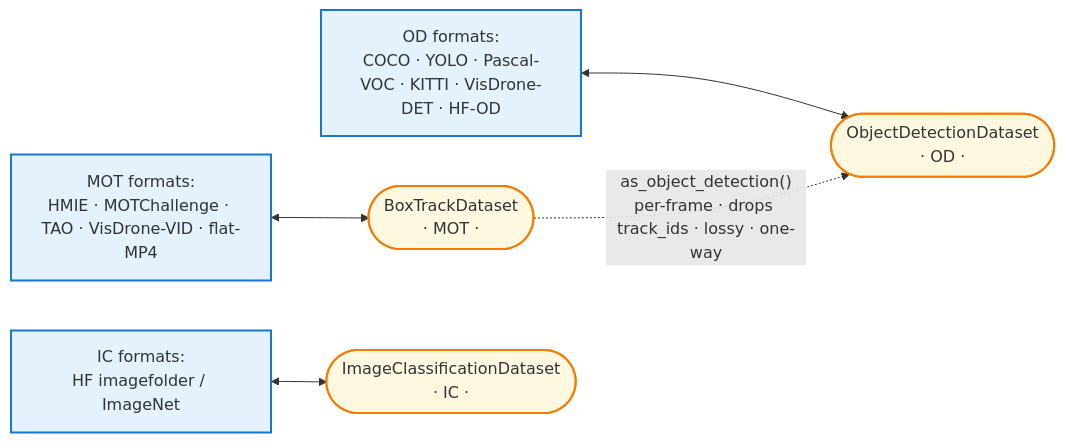
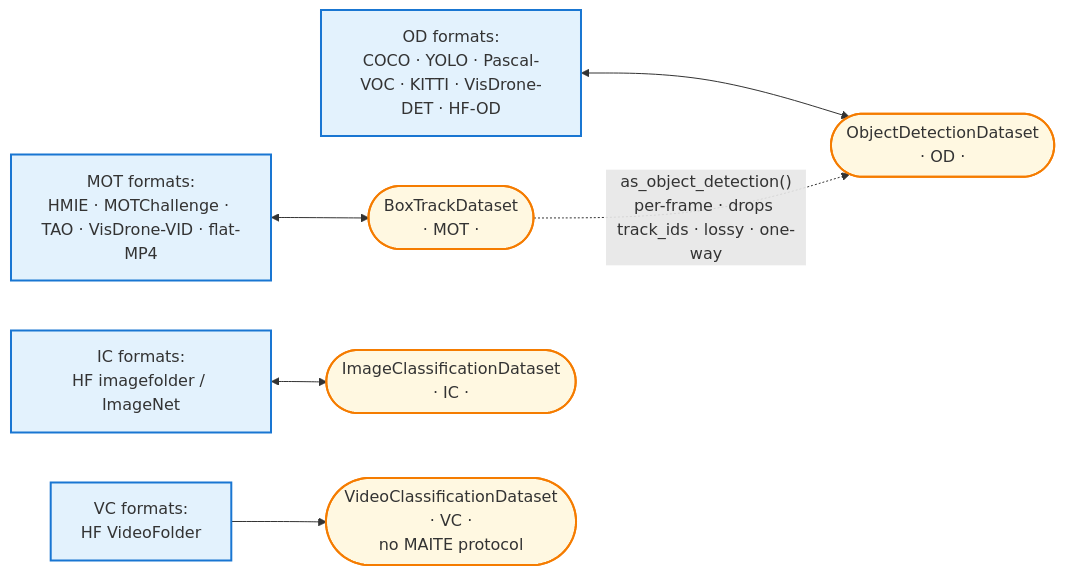
Before and after one commit to openteams-ai/datamaite: the ninth of 9 diagrams in docs/architecture.md, drawn with Mermaid. The commit also changed other lines of this file and 12 other files, not shown here.

Commit message:
Add Hugging Face video classification loader

````diff
--- a/docs/architecture.md
+++ b/docs/architecture.md
@@ -839,12 +878,13 @@
 ```mermaid
 flowchart LR
     fM["MOT formats:<br/>HMIE · MOTChallenge · TAO · VisDrone-VID · flat-MP4"] <--> IRM(["BoxTrackDataset<br/>· MOT ·"])
     fO["OD formats:<br/>COCO · YOLO · Pascal-VOC · KITTI · VisDrone-DET · HF-OD"] <--> IRO(["ObjectDetectionDataset<br/>· OD ·"])
     fI["IC formats:<br/>HF imagefolder / ImageNet"] <--> IRI(["ImageClassificationDataset<br/>· IC ·"])
+    fV["VC formats:<br/>HF VideoFolder"] --> IRV(["VideoClassificationDataset<br/>· VC ·<br/>no MAITE protocol"])
     IRM -. "as_object_detection()<br/>per-frame · drops track_ids · lossy · one-way" .-> IRO
 
     classDef ir fill:#fff8e1,stroke:#f57c00,stroke-width:2px;
     classDef fmt fill:#e3f2fd,stroke:#1976d2,stroke-width:2px;
-    class IRM,IRO,IRI ir;
-    class fM,fO,fI fmt;
+    class IRM,IRO,IRI,IRV ir;
+    class fM,fO,fI,fV fmt;
 ```
````
